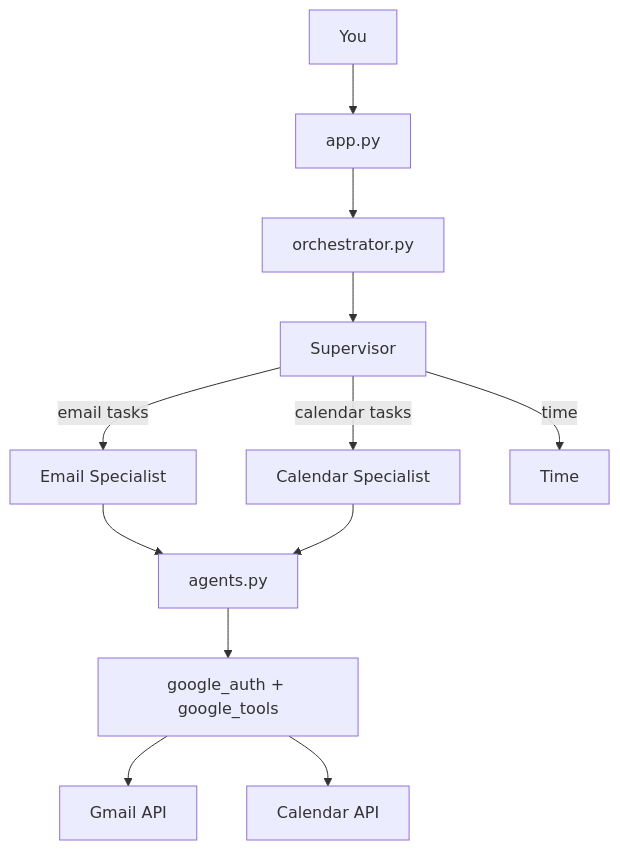
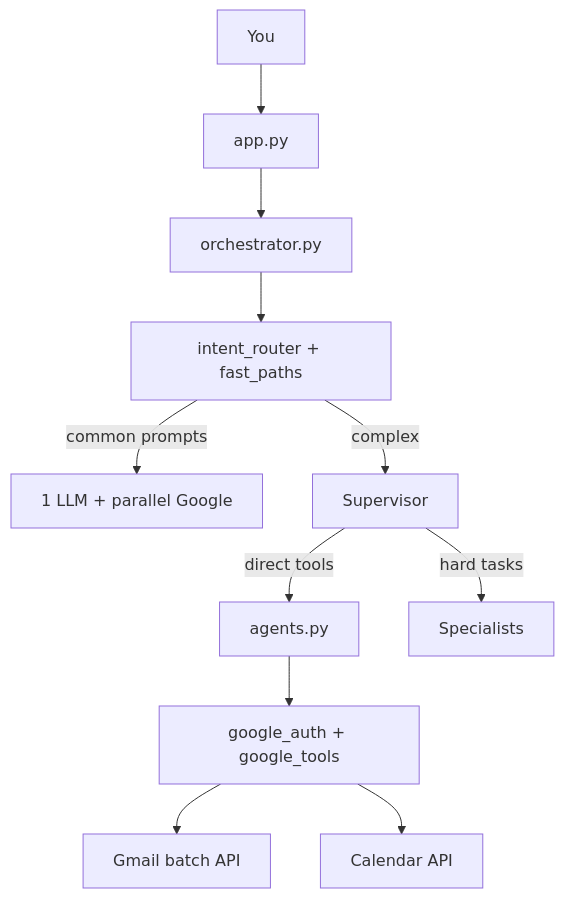
One commit to Cindy-f/MultiAgent-Intent-Router changed the diagram in README.md. Above: the diagram before and after it, drawn with Mermaid. The commit also changed other lines of this file and 15 other files, not shown here.

Commit message:
Speed up agent with faster paths, batched Gmail, and LLM config fixes. Added intent routing and parallel briefing, fixed provider URL mismatch, and documented performance in the updated README.

````diff
--- a/README.md
+++ b/README.md
@@ -61,14 +63,13 @@
 ```mermaid
 flowchart TB
   You --> App[app.py]
   App --> Orch[orchestrator.py]
-  Orch --> Sup[Supervisor]
-  Sup -->|email tasks| EmailSpec[Email Specialist]
-  Sup -->|calendar tasks| CalSpec[Calendar Specialist]
-  Sup -->|time| Time[Time]
-  EmailSpec --> Workers[agents.py]
-  CalSpec --> Workers
+  Orch --> Router[intent_router + fast_paths]
+  Router -->|common prompts| OneLLM[1 LLM + parallel Google]
+  Router -->|complex| Sup[Supervisor]
+  Sup -->|direct tools| Workers[agents.py]
+  Sup -->|hard tasks| Spec[Specialists]
   Workers --> Google[google_auth + google_tools]
-  Google --> Gmail[Gmail API]
+  Google --> Gmail[Gmail batch API]
   Google --> CalAPI[Calendar API]
 ```
````
